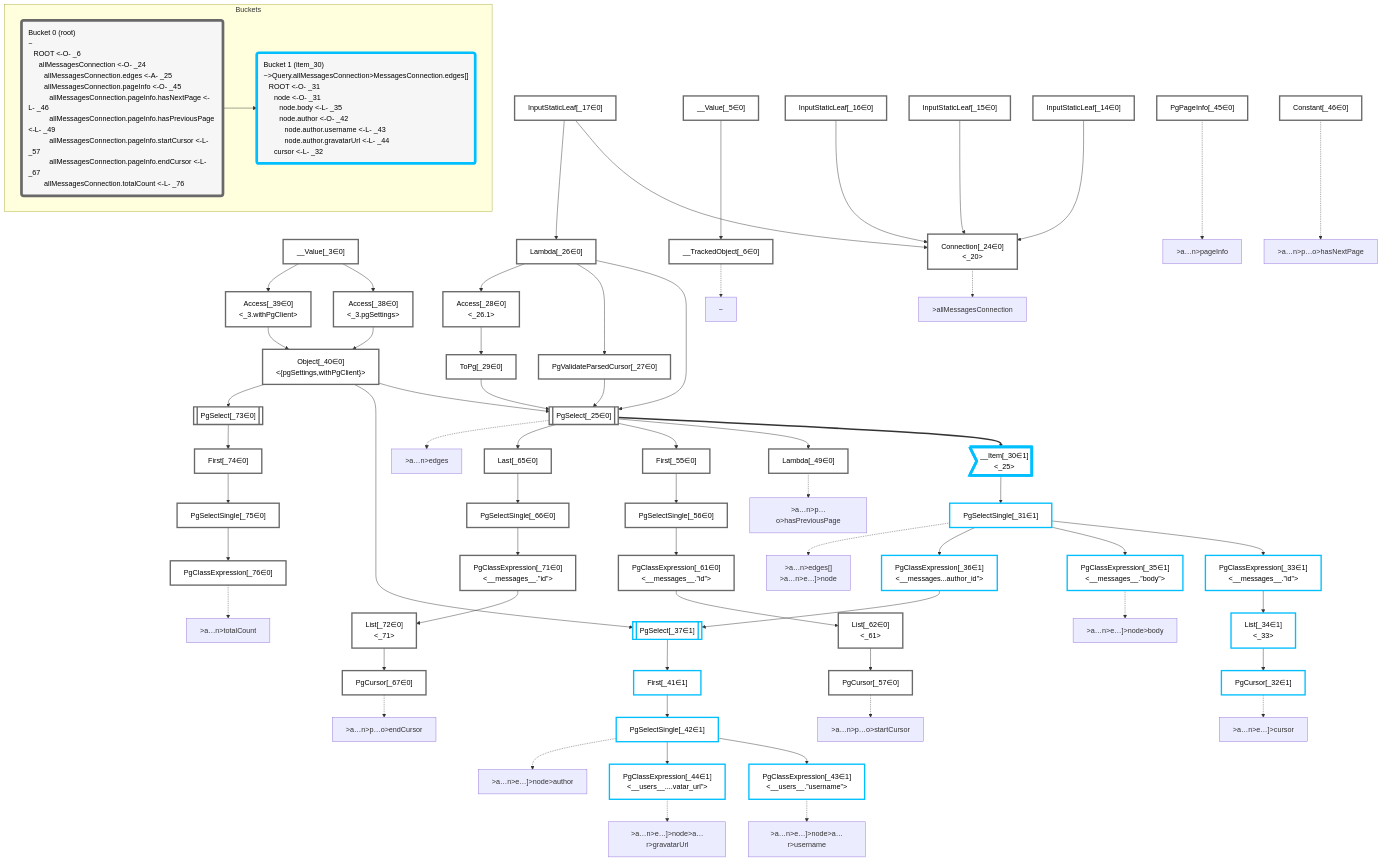
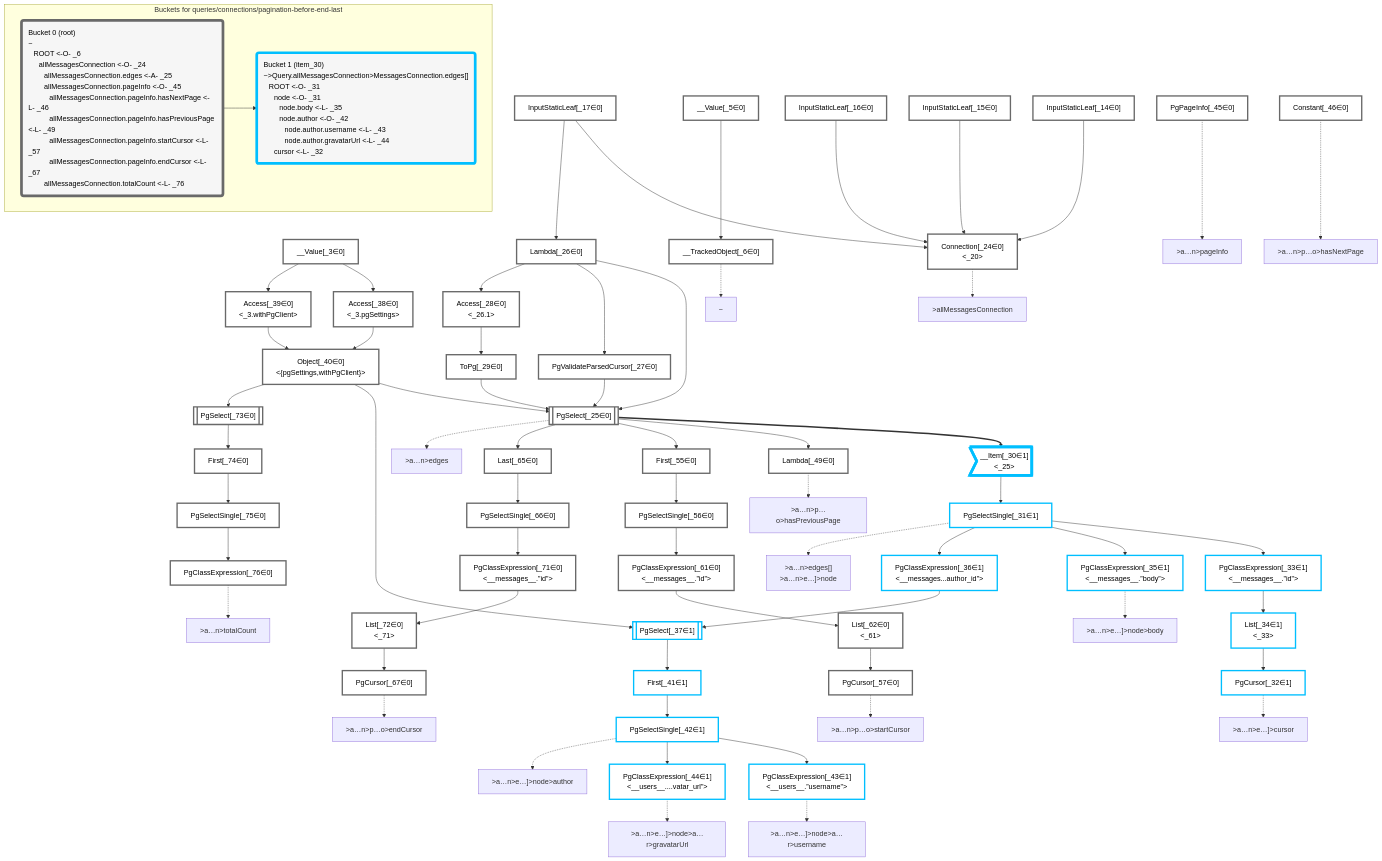
The diagram in packages/dataplan-pg/__tests__/queries/connections/pagination-before-end-last.deopt.mermaid.md (graphile/crystal), drawn with Mermaid before and after one commit. The commit also changed 195 other files, not shown here.

```diff
--- a/packages/dataplan-pg/__tests__/queries/connections/pagination-before-end-last.deopt.mermaid.md
+++ b/packages/dataplan-pg/__tests__/queries/connections/pagination-before-end-last.deopt.mermaid.md
@@ -139,7 +139,7 @@
     classDef bucket1 stroke:#00bfff
     class __Item_30,PgSelectSingle_31,PgCursor_32,PgClassExpression_33,List_34,PgClassExpression_35,PgClassExpression_36,PgSelect_37,First_41,PgSelectSingle_42,PgClassExpression_43,PgClassExpression_44 bucket1
 
-    subgraph Buckets
+    subgraph "Buckets for queries/connections/pagination-before-end-last"
     Bucket0("Bucket 0 (root)<br />~<br />⠀ROOT <-O- _6<br />⠀⠀allMessagesConnection <-O- _24<br />⠀⠀⠀allMessagesConnection.edges <-A- _25<br />⠀⠀⠀allMessagesConnection.pageInfo <-O- _45<br />⠀⠀⠀⠀allMessagesConnection.pageInfo.hasNextPage <-L- _46<br />⠀⠀⠀⠀allMessagesConnection.pageInfo.hasPreviousPage <-L- _49<br />⠀⠀⠀⠀allMessagesConnection.pageInfo.startCursor <-L- _57<br />⠀⠀⠀⠀allMessagesConnection.pageInfo.endCursor <-L- _67<br />⠀⠀⠀allMessagesConnection.totalCount <-L- _76"):::bucket
     style Bucket0 stroke:#696969
     Bucket1("Bucket 1 (item_30)<br />~>Query.allMessagesConnection>MessagesConnection.edges[]<br />⠀ROOT <-O- _31<br />⠀⠀node <-O- _31<br />⠀⠀⠀node.body <-L- _35<br />⠀⠀⠀node.author <-O- _42<br />⠀⠀⠀⠀node.author.username <-L- _43<br />⠀⠀⠀⠀node.author.gravatarUrl <-L- _44<br />⠀⠀cursor <-L- _32"):::bucket
```
